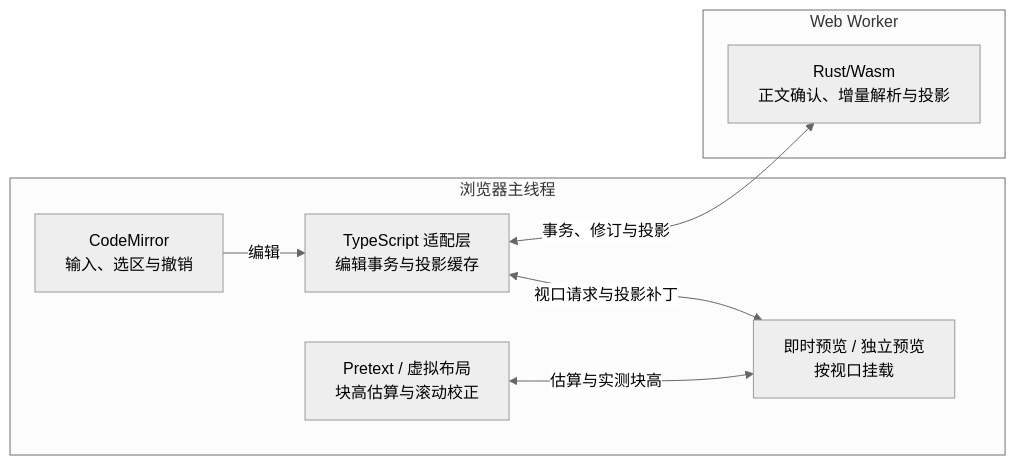
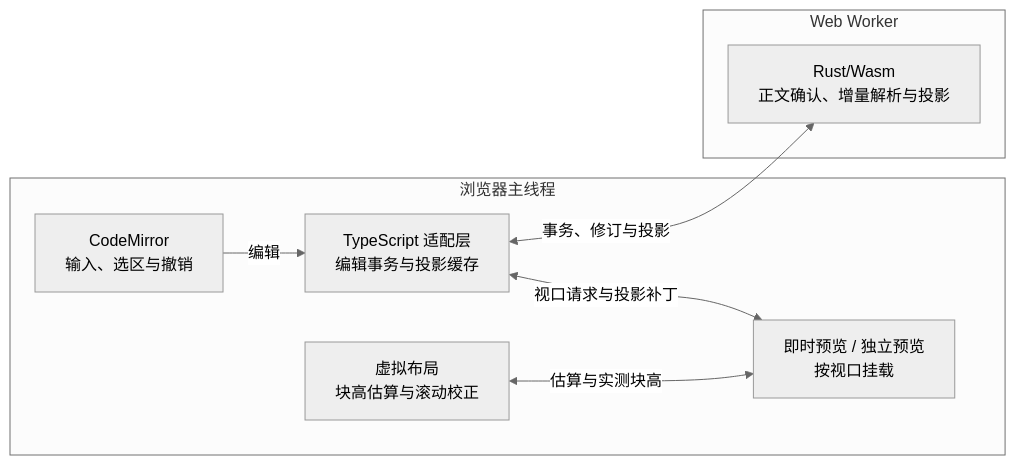
One commit to lin037/jot-md-engine changed the first of 2 diagrams in README.md. Above: the diagram before and after it, drawn with Mermaid (neutral theme). The commit also changed other lines of this file and 8 other files, not shown here.

````diff
--- a/README.md
+++ b/README.md
@@ -51,19 +55,20 @@
 ```mermaid
 flowchart LR
     subgraph Main["浏览器主线程"]
         Input["CodeMirror<br/>输入、选区与撤销"]
         Session["TypeScript 适配层<br/>编辑事务与投影缓存"]
         View["即时预览 / 独立预览<br/>按视口挂载"]
-        Layout["Pretext / 虚拟布局<br/>块高估算与滚动校正"]
+        Layout["虚拟布局<br/>块高估算与滚动校正"]
 
         Input -->|编辑| Session
         Session <-->|视口请求与投影补丁| View
         Layout <-->|估算与实测块高| View
     end
 
     subgraph Worker["Web Worker"]
         Engine["Rust/Wasm<br/>正文确认、增量解析与投影"]
     end
 
     Session <-->|事务、修订与投影| Engine
+
 ```
````
